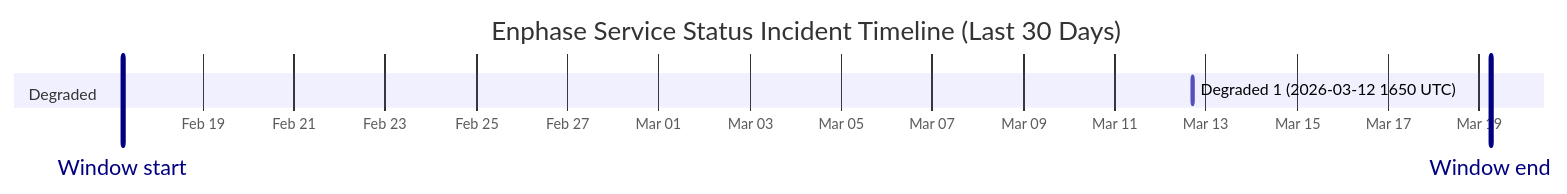
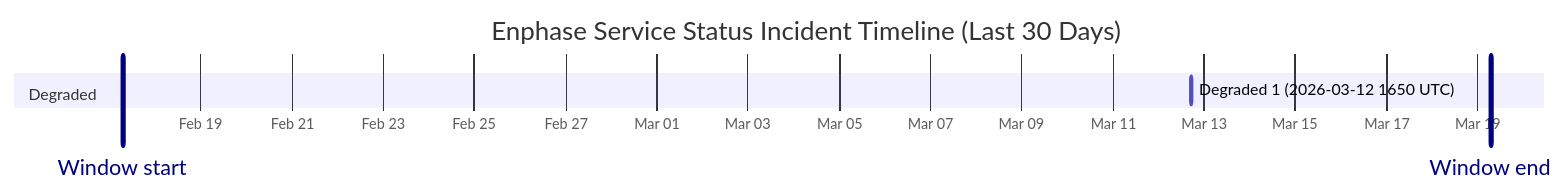
One commit to barneyonline/ha-enphase-ev-charger changed the diagram in wiki/Service-Status-History.md. Above: the diagram before and after it, drawn with Mermaid. The commit also changed other lines of this file and 3 other files, not shown here.

````diff
--- a/wiki/Service-Status-History.md
+++ b/wiki/Service-Status-History.md
@@ -14,10 +14,10 @@
 ```mermaid
 gantt
     title Enphase Service Status Incident Timeline (Last 30 Days)
     dateFormat  YYYY-MM-DDTHH:mm:ss
     axisFormat  %b %d
-    Window start :vert, window-start, 2026-02-17T05:52:14, 0ms
-    Window end :vert, window-end, 2026-03-19T05:52:14, 0ms
+    Window start :vert, window-start, 2026-02-17T06:45:45, 0ms
+    Window end :vert, window-end, 2026-03-19T06:45:45, 0ms
     section Degraded
     Degraded 1 (2026-03-12 1650 UTC) :active, degraded-1, 2026-03-12T16:50:43, 60m
 ```
````
